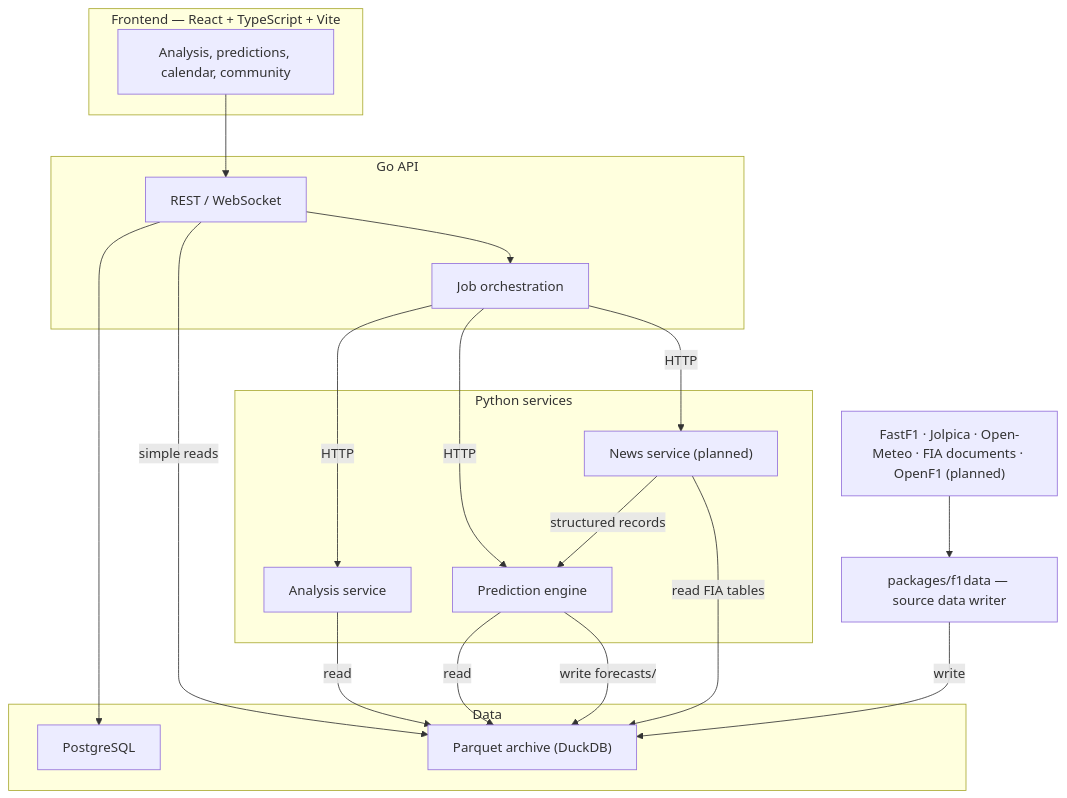
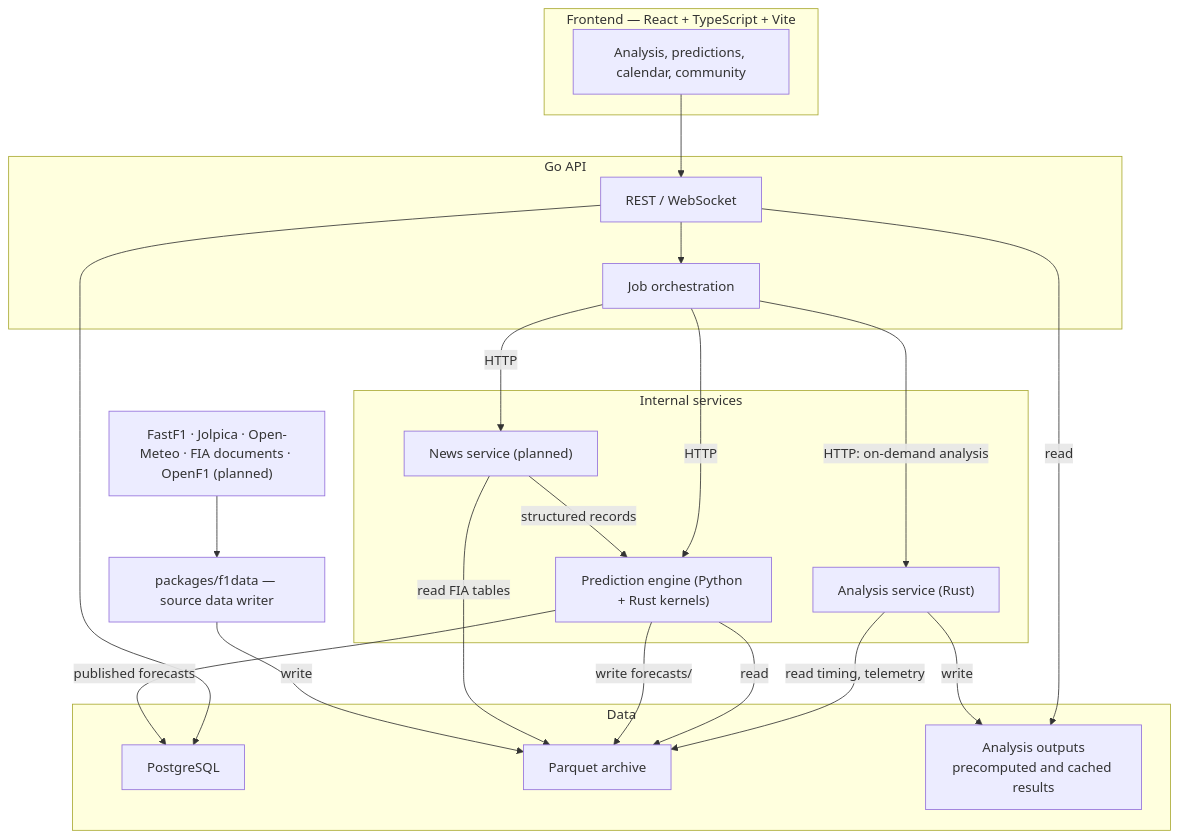
The second of 11 diagrams in Architecture.md (adityapandeydev/F1Stratagem), drawn with Mermaid before and after one commit. The commit also changed other lines of this file, not shown here.

First line of the commit message:
docs: archive access through the Rust analysis service, precompute plus on demand, single-VPS deployment

````diff
--- a/Architecture.md
+++ b/Architecture.md
@@ -91,40 +94,43 @@
 ```mermaid
 graph TB
     subgraph Frontend["Frontend — React + TypeScript + Vite"]
         UI["Analysis, predictions, calendar, community"]
     end
 
     subgraph API["Go API"]
         REST["REST / WebSocket"]
         Jobs["Job orchestration"]
     end
 
-    subgraph Services["Python services"]
-        Analysis["Analysis service"]
-        Predictor["Prediction engine"]
+    subgraph Services["Internal services"]
+        Analysis["Analysis service (Rust)"]
+        Predictor["Prediction engine (Python + Rust kernels)"]
         News["News service (planned)"]
     end
 
     subgraph Data["Data"]
         PG["PostgreSQL"]
-        Archive["Parquet archive (DuckDB)"]
+        Archive["Parquet archive"]
+        Outputs["Analysis outputs<br/>precomputed and cached results"]
     end
 
     F1Data["packages/f1data — source data writer"]
     Sources["FastF1 · Jolpica · Open-Meteo · FIA documents · OpenF1 (planned)"]
 
     UI --> REST
     REST --> PG
-    REST -->|simple reads| Archive
+    REST -->|read| Outputs
     REST --> Jobs
-    Jobs -->|HTTP| Analysis
+    Jobs -->|"HTTP: on-demand analysis"| Analysis
     Jobs -->|HTTP| Predictor
     Jobs -->|HTTP| News
-    Analysis -->|read| Archive
+    Analysis -->|"read timing, telemetry"| Archive
+    Analysis -->|write| Outputs
     Predictor -->|read| Archive
     Predictor -->|write forecasts/| Archive
+    Predictor -->|"published forecasts"| PG
     News -->|read FIA tables| Archive
     News -->|structured records| Predictor
     Sources --> F1Data
     F1Data -->|write| Archive
 ```
````
